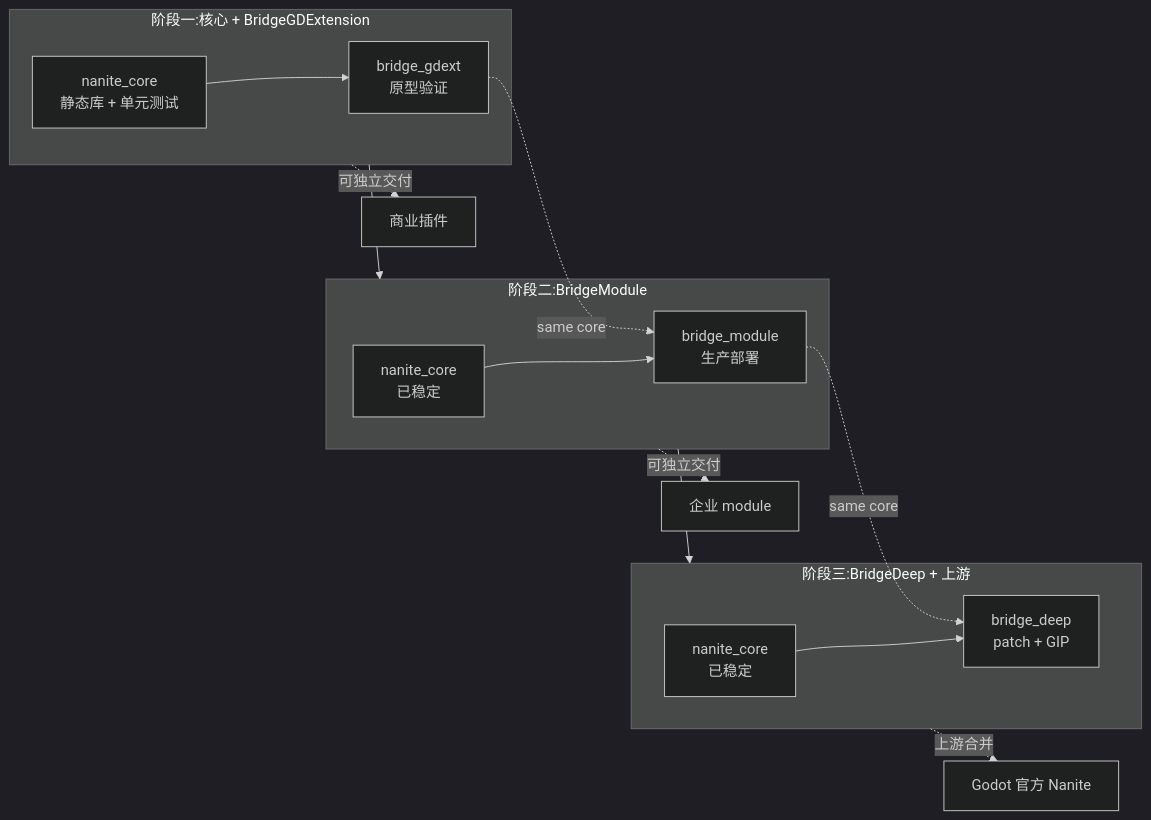
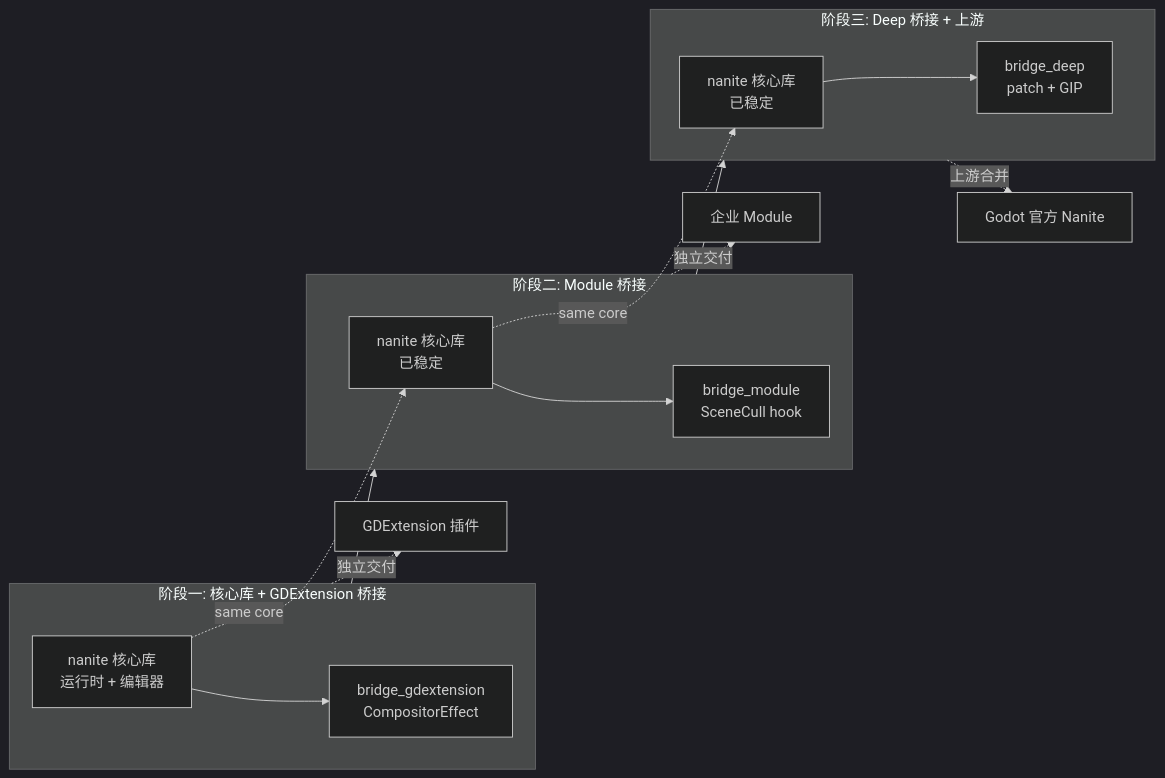
Diagram 30 of 30 in sourcecode_analysis/nanite-godot-design.md (alonecat06/godot), drawn with Mermaid (dark theme) before and after one commit. The commit also changed other lines of this file, not shown here.

First line of the commit message:
docs: redesign section 9 - Godot-dependent core + thin bridges

````diff
--- a/sourcecode_analysis/nanite-godot-design.md
+++ b/sourcecode_analysis/nanite-godot-design.md
@@ -3295,28 +3039,28 @@
 ```mermaid
 flowchart LR
-    subgraph Stage1[阶段一:核心 + BridgeGDExtension]
-        C1[nanite_core<br/>静态库 + 单元测试]
-        B1[bridge_gdext<br/>原型验证]
+    subgraph S1[阶段一: 核心库 + GDExtension 桥接]
+        C1[nanite 核心库<br/>运行时 + 编辑器]
+        B1[bridge_gdextension<br/>CompositorEffect]
         C1 --> B1
     end
 
-    subgraph Stage2[阶段二:BridgeModule]
-        C2[nanite_core<br/>已稳定]
-        B2[bridge_module<br/>生产部署]
+    subgraph S2[阶段二: Module 桥接]
+        C2[nanite 核心库<br/>已稳定]
+        B2[bridge_module<br/>SceneCull hook]
         C2 --> B2
     end
 
-    subgraph Stage3[阶段三:BridgeDeep + 上游]
-        C3[nanite_core<br/>已稳定]
+    subgraph S3[阶段三: Deep 桥接 + 上游]
+        C3[nanite 核心库<br/>已稳定]
         B3[bridge_deep<br/>patch + GIP]
         C3 --> B3
     end
 
-    Stage1 --> Stage2 --> Stage3
-    B1 -. same core .-> B2
-    B2 -. same core .-> B3
+    S1 --> S2 --> S3
+    C1 -. same core .-> C2
+    C2 -. same core .-> C3
 
-    Stage1 -. 可独立交付 .-> D1[商业插件]
-    Stage2 -. 可独立交付 .-> D2[企业 module]
-    Stage3 -. 上游合并 .-> D3[Godot 官方 Nanite]
+    S1 -. 独立交付 .-> D1[GDExtension 插件]
+    S2 -. 独立交付 .-> D2[企业 Module]
+    S3 -. 上游合并 .-> D3[Godot 官方 Nanite]
 ```
````
